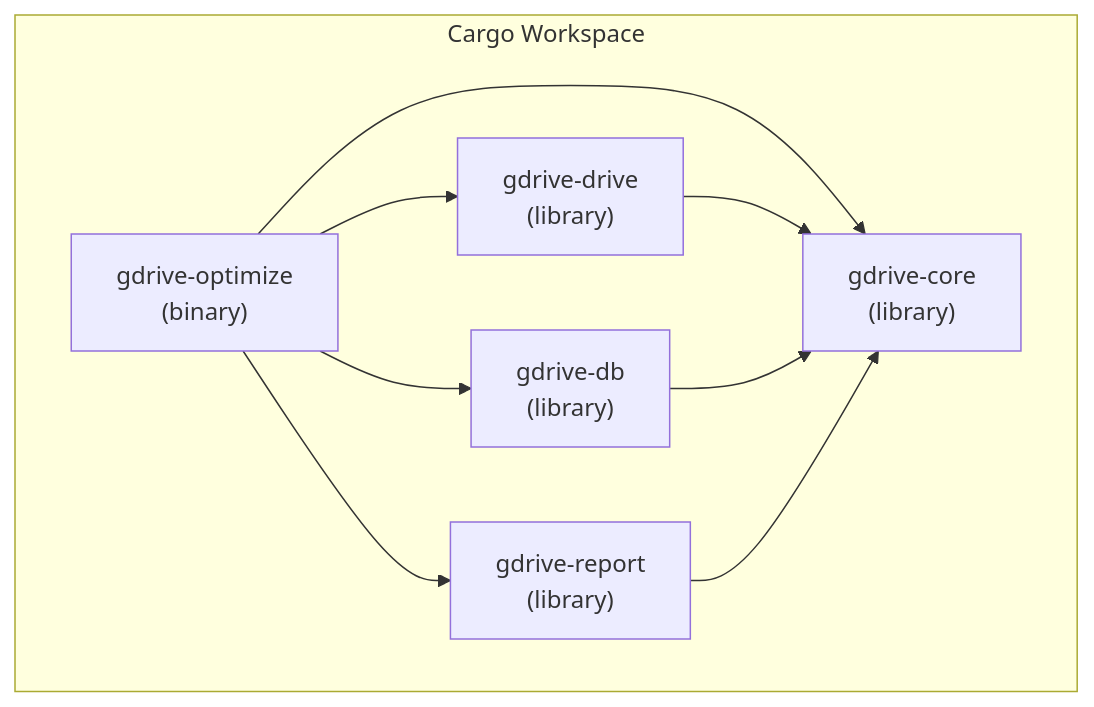
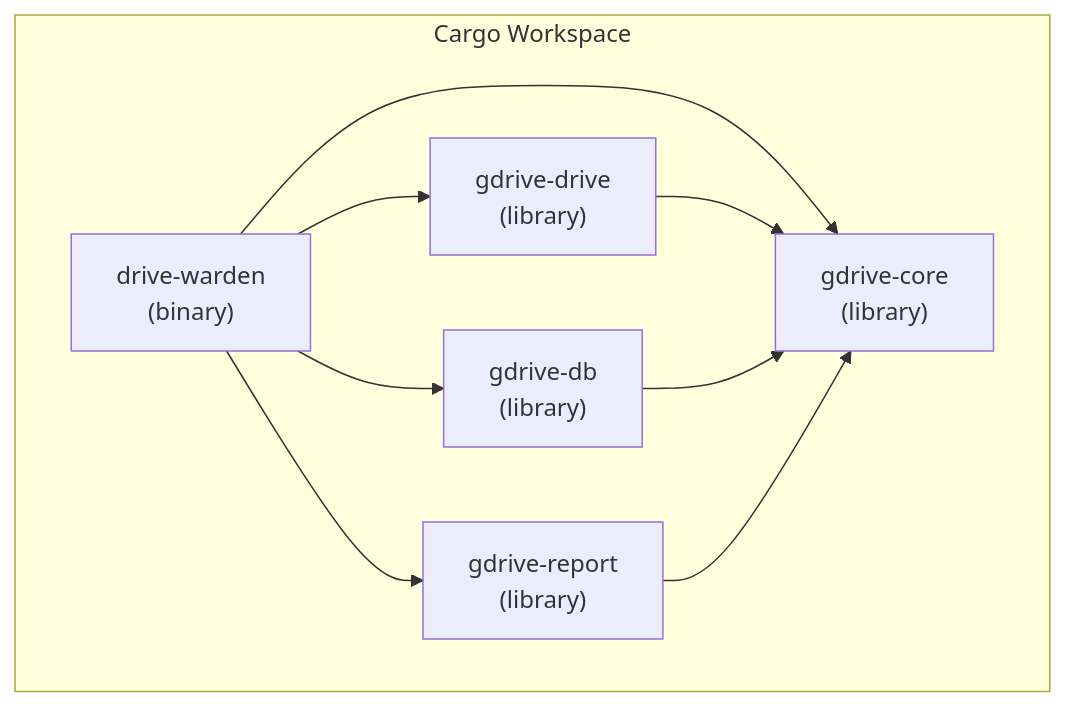
Before and after one commit to chris-piekarski/drive-warden: the second of 7 diagrams in docs/plans/00-master-plan.md, drawn with Mermaid. The commit also changed other lines of this file and 36 other files, not shown here.

First line of the commit message:
Rename project to drive-warden

````diff
--- a/docs/plans/00-master-plan.md
+++ b/docs/plans/00-master-plan.md
@@ -144,18 +144,18 @@
 ```mermaid
 graph TB
     subgraph workspace["Cargo Workspace"]
-        BIN["gdrive-optimize<br/>(binary)"]
+        BIN["drive-warden<br/>(binary)"]
         CORE["gdrive-core<br/>(library)"]
         DRIVE["gdrive-drive<br/>(library)"]
         DB["gdrive-db<br/>(library)"]
         REPORT["gdrive-report<br/>(library)"]
     end
 
     BIN --> CORE
     BIN --> DRIVE
     BIN --> DB
     BIN --> REPORT
     DRIVE --> CORE
     DB --> CORE
     REPORT --> CORE
 ```
````
